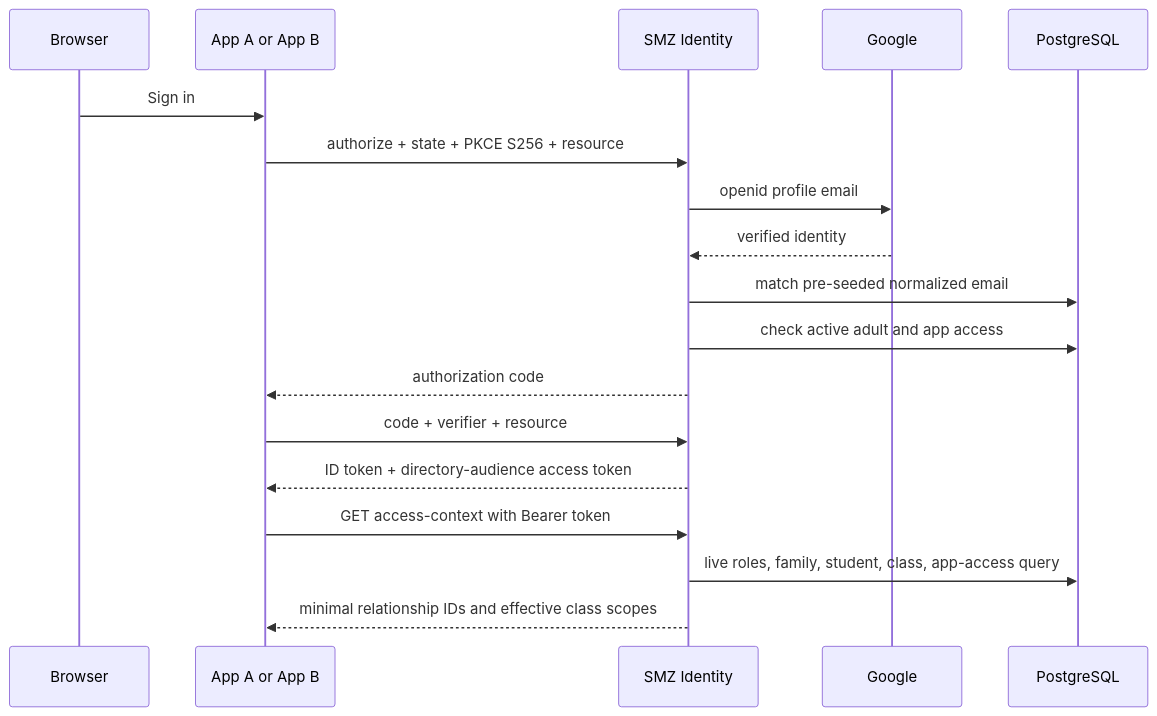
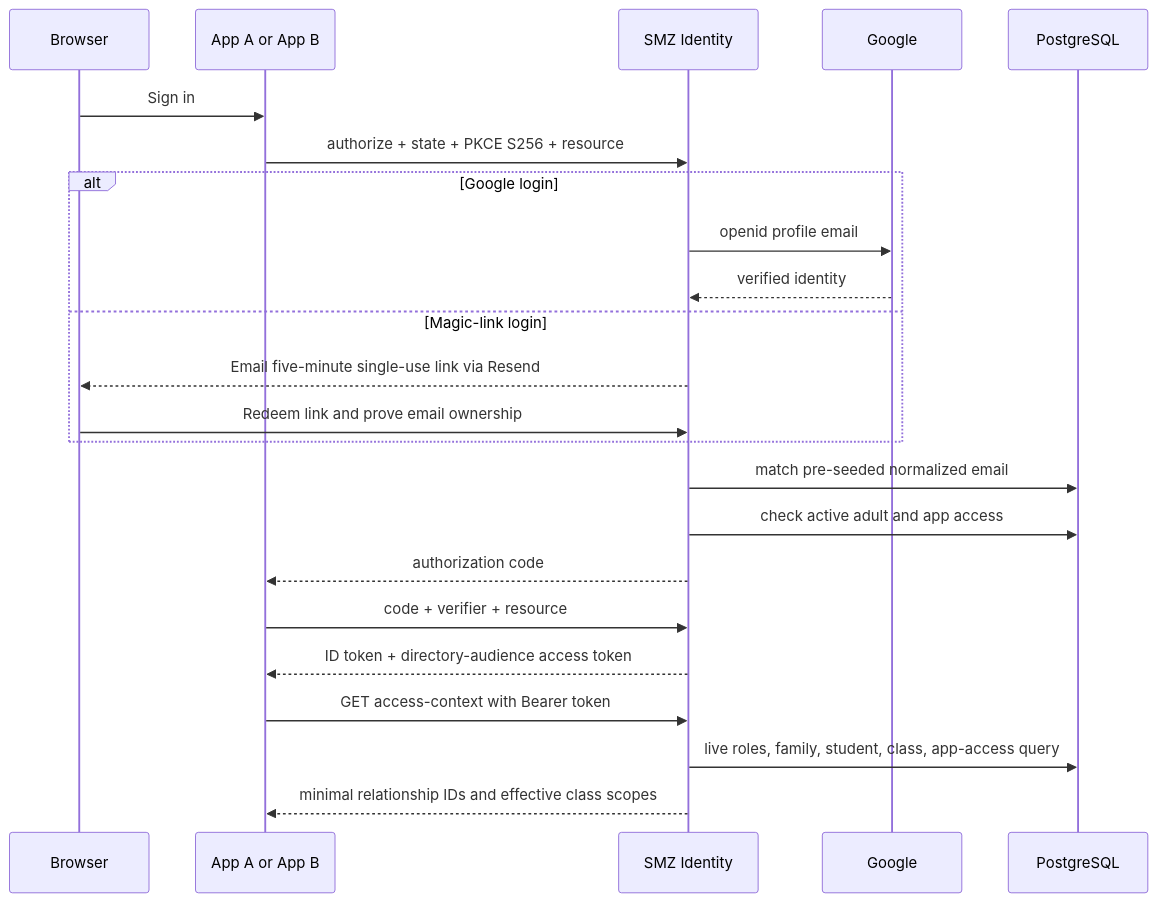
Before and after one commit to smzwaldorf/auth: the diagram in docs/ARCHITECTURE.md, drawn with Mermaid. The commit also changed other lines of this file and 20 other files, not shown here.

Commit message:
Add approved-user magic links with Resend and staging account checks

````diff
--- a/docs/ARCHITECTURE.md
+++ b/docs/ARCHITECTURE.md
@@ -19,21 +21,26 @@
 ```mermaid
 sequenceDiagram
   participant Browser
   participant App as App A or App B
   participant Auth as SMZ Identity
   participant Google
   participant DB as PostgreSQL
 
   Browser->>App: Sign in
   App->>Auth: authorize + state + PKCE S256 + resource
-  Auth->>Google: openid profile email
-  Google-->>Auth: verified identity
+  alt Google login
+    Auth->>Google: openid profile email
+    Google-->>Auth: verified identity
+  else Magic-link login
+    Auth-->>Browser: Email five-minute single-use link via Resend
+    Browser->>Auth: Redeem link and prove email ownership
+  end
   Auth->>DB: match pre-seeded normalized email
   Auth->>DB: check active adult and app access
   Auth-->>App: authorization code
   App->>Auth: code + verifier + resource
   Auth-->>App: ID token + directory-audience access token
   App->>Auth: GET access-context with Bearer token
   Auth->>DB: live roles, family, student, class, app-access query
   Auth-->>App: minimal relationship IDs and effective class scopes
 ```
````
